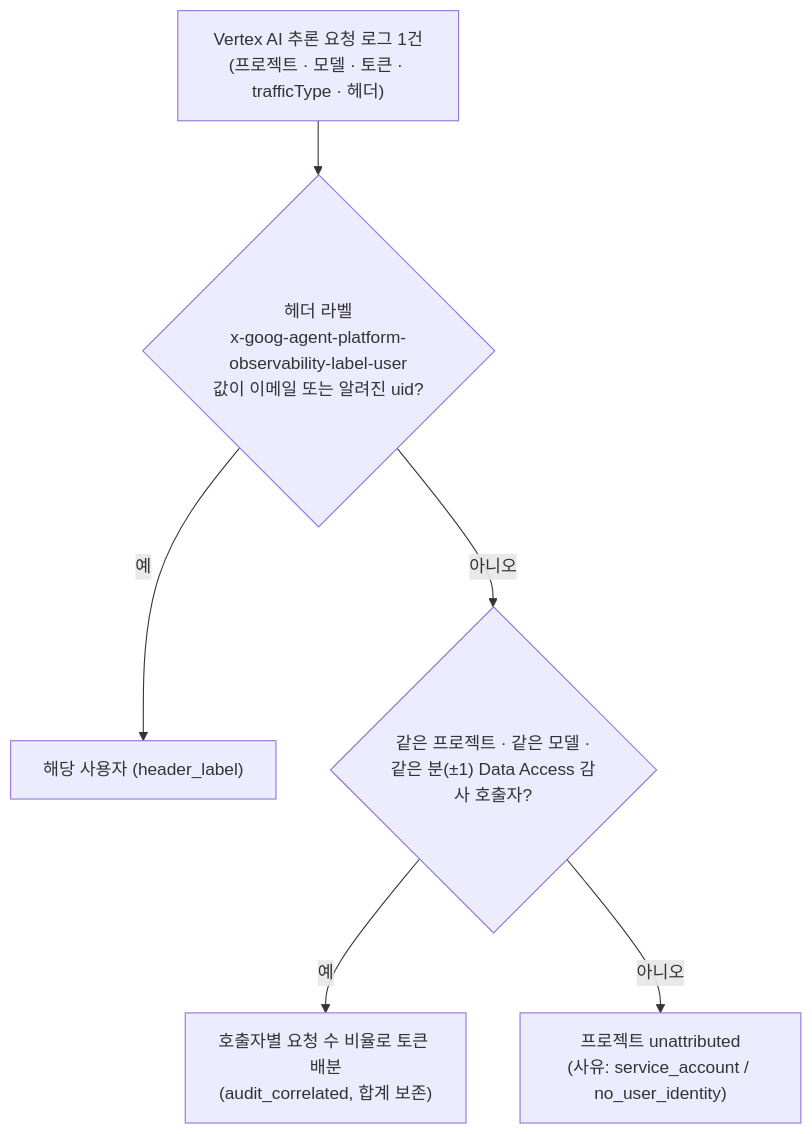
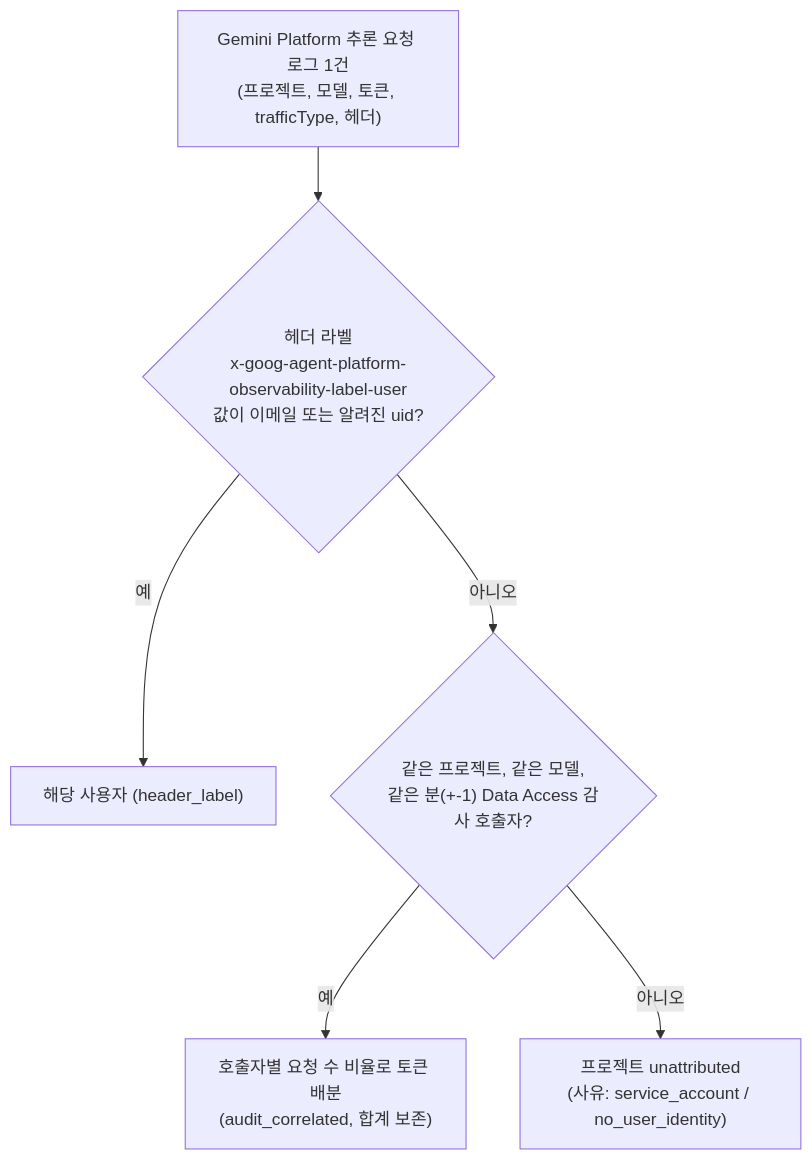
One commit to ldu1225/gcp-ai-usage-caps-api changed the first of 2 diagrams in docs/architecture.md. Above: the diagram before and after it, drawn with Mermaid. The commit also changed other lines of this file and 17 other files, not shown here.

Commit message:
Docs 1.3.0: customer-grade README (ko/en), SVG architecture diagrams, groups, Gemini Platform naming, live E2E guide

````diff
--- a/docs/architecture.md
+++ b/docs/architecture.md
@@ -81,8 +84,8 @@
 ```mermaid
 flowchart TD
-    R["Vertex AI 추론 요청 로그 1건<br/>(프로젝트 · 모델 · 토큰 · trafficType · 헤더)"] --> H{"헤더 라벨<br/>x-goog-agent-platform-observability-label-user<br/>값이 이메일 또는 알려진 uid?"}
-    H -- 예 --> E1["해당 사용자 (header_label)"]
-    H -- 아니오 --> A{"같은 프로젝트 · 같은 모델 ·<br/>같은 분(±1) Data Access 감사 호출자?"}
-    A -- 예 --> E2["호출자별 요청 수 비율로 토큰 배분<br/>(audit_correlated, 합계 보존)"]
-    A -- 아니오 --> E3["프로젝트 unattributed<br/>(사유: service_account / no_user_identity)"]
+    R["Gemini Platform 추론 요청 로그 1건<br/>(프로젝트, 모델, 토큰, trafficType, 헤더)"] --> H{"헤더 라벨<br/>x-goog-agent-platform-observability-label-user<br/>값이 이메일 또는 알려진 uid?"}
+    H -- "예" --> E1["해당 사용자 (header_label)"]
+    H -- "아니오" --> A{"같은 프로젝트, 같은 모델,<br/>같은 분(+-1) Data Access 감사 호출자?"}
+    A -- "예" --> E2["호출자별 요청 수 비율로 토큰 배분<br/>(audit_correlated, 합계 보존)"]
+    A -- "아니오" --> E3["프로젝트 unattributed<br/>(사유: service_account / no_user_identity)"]
 ```
````
